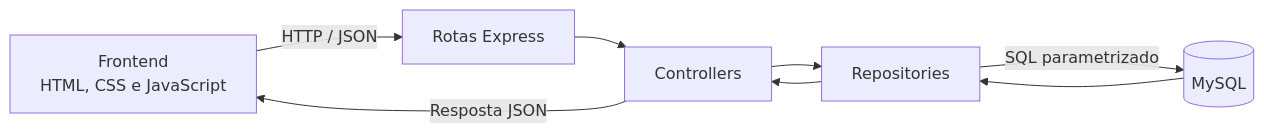
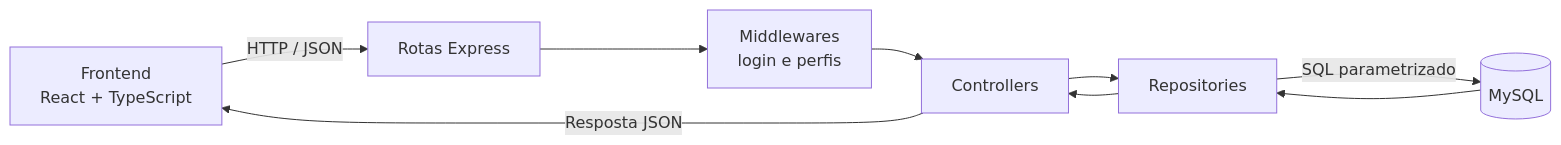
One commit to viniciusMoraesChaves/OficinaDS changed the first of 2 diagrams in README.md. Above: the diagram before and after it, drawn with Mermaid. The commit also changed other lines of this file, not shown here.

Commit message:
Atualiza README com perfis, diagnosticos e agendamentos

````diff
--- a/README.md
+++ b/README.md
@@ -83,10 +126,11 @@
 ```mermaid
 flowchart LR
-    A[Frontend<br/>HTML, CSS e JavaScript] -->|HTTP / JSON| B[Rotas Express]
-    B --> C[Controllers]
+    A[Frontend<br/>React + TypeScript] -->|HTTP / JSON| B[Rotas Express]
+    B --> M[Middlewares<br/>login e perfis]
+    M --> C[Controllers]
     C --> D[Repositories]
     D -->|SQL parametrizado| E[(MySQL)]
     E --> D
     D --> C
     C -->|Resposta JSON| A
 ```
````
